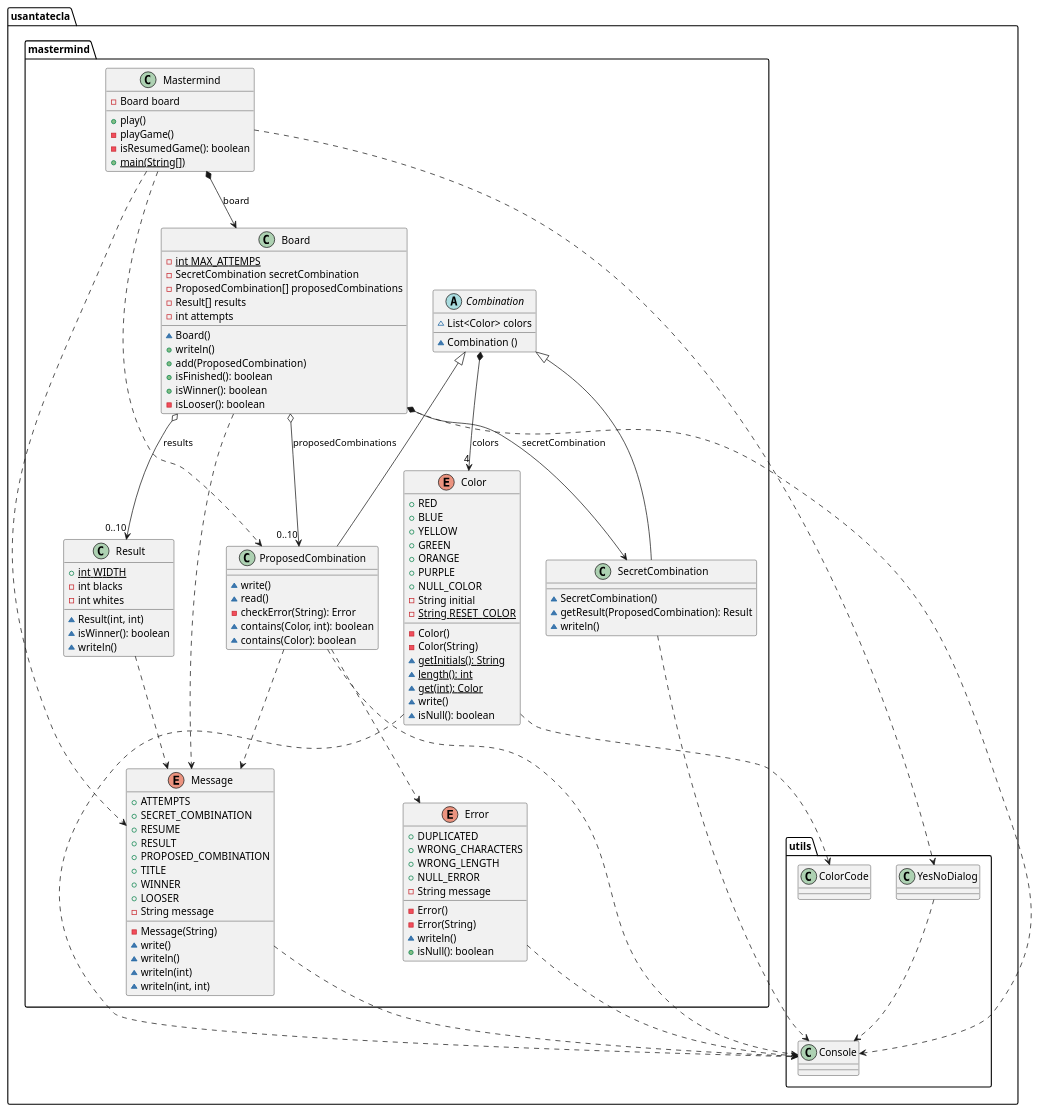
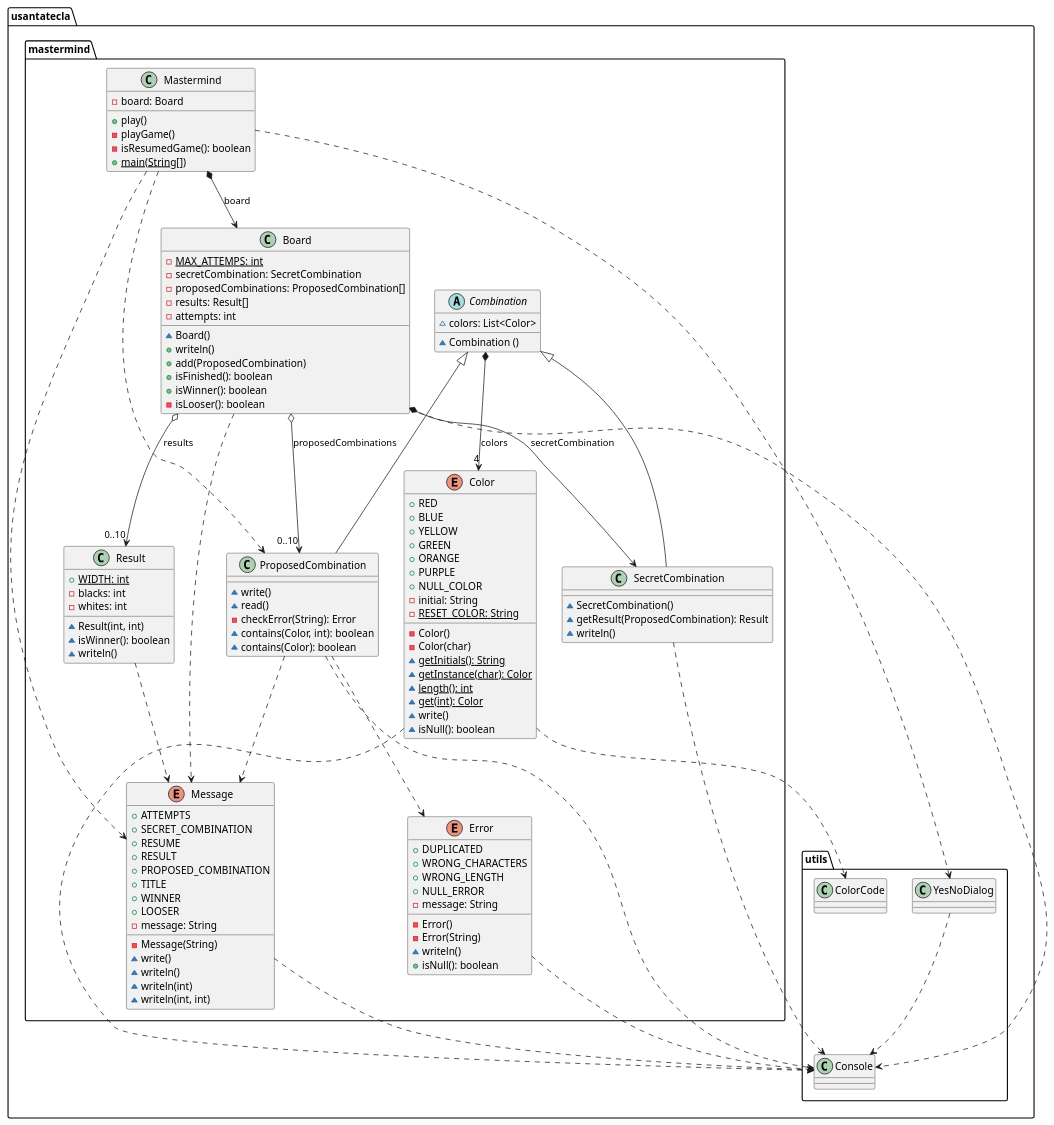
One commit to SantaTecla-mastermind/solution.java.swing.socket.sql changed the first of 2 diagrams in domainModel/docs/diagrams/src/paquetes.plantuml. Above: the diagram before and after it, drawn with PlantUML. The commit also changed other lines of this file and 2 other files, not shown here.

Commit message:
domainModel diagrams finished #2

```diff
--- a/domainModel/docs/diagrams/src/paquetes.plantuml
+++ b/domainModel/docs/diagrams/src/paquetes.plantuml
@@ -1,145 +1,146 @@
 @startuml mastermind
 package usantatecla.mastermind {
 class Mastermind {
-	- Board board
+	- board: Board 
 	+ play()
 	- playGame()
 	- isResumedGame(): boolean 
 	+ {static} main(String[])
 }
 
 
 class Board {
-  - {static} int MAX_ATTEMPS
-  - SecretCombination secretCombination
-  - ProposedCombination[] proposedCombinations
-  - Result[] results 
-  - int attempts
+  - MAX_ATTEMPS: {static} int 
+  - secretCombination: SecretCombination 
+  - proposedCombinations: ProposedCombination[] 
+  - results: Result[] 
+  - attempts: int 
   ~ Board()
   + writeln()
   + add(ProposedCombination)
   + isFinished(): boolean 
   + isWinner(): boolean 
   - isLooser(): boolean 
 }
 
 abstract class Combination {
-	~ List<Color> colors
+	~ colors: List<Color> 
 	~ Combination ()
 }
 
 class SecretCombination {
 	~ SecretCombination()
 	~ getResult(ProposedCombination): Result 
 	~ writeln()
 }
 
 class ProposedCombination {
 	~write()
 	~read()
 	- checkError(String): Error 
 	~ contains(Color, int): boolean 
 	~ contains(Color): boolean 
 }
 
 class Result{
-	+ {static} int WIDTH
-	- int blacks
-	- int whites
+	+ WIDTH: {static} int 
+	- blacks: int 
+	- whites: int 
 	~ Result(int, int)
 	~ isWinner(): boolean 
 	~ writeln()
 }
 
 enum Color {
 	+ RED
 	+ BLUE
 	+ YELLOW
 	+ GREEN
 	+ ORANGE
 	+ PURPLE
 	+ NULL_COLOR
-	- String initial
-	- {static} String RESET_COLOR
+	- initial: String 
+	- RESET_COLOR: {static} String 
 	- Color()
-	- Color(String)
+	- Color(char)
 	~ {static} getInitials(): String 
+	~ {static} getInstance(char): Color
 	~ {static} length(): int 
 	~ {static} get(int): Color 
 	~ write()
 	~ isNull(): boolean 
 }
 
 enum Error {
 	+ DUPLICATED
 	+ WRONG_CHARACTERS
 	+ WRONG_LENGTH
 	+ NULL_ERROR
-	- String message
+	- message: String
 	- Error()
 	- Error(String)
 	~ writeln()
 	+ isNull(): boolean 
 }
 
 enum Message {
 	+ ATTEMPTS
 	+ SECRET_COMBINATION
 	+ RESUME
 	+ RESULT
 	+ PROPOSED_COMBINATION
 	+ TITLE
 	+ WINNER
 	+ LOOSER
-	- String message
+	- message: String 
 	- Message(String)
 	~ write()
 	~ writeln()
 	~ writeln(int)
 	~ writeln(int, int)
 }
 
 
 
 Mastermind *-down-> Board : board
 Mastermind .down.> ProposedCombination
 Board *-down-> SecretCombination : secretCombination
 Board o-down-> "0..10" ProposedCombination : proposedCombinations
 Board o-down-> "0..10" Result : results
 
 Combination *-down-> "4" Color : colors
 Combination <|-down- SecretCombination
 Combination <|-down- ProposedCombination
 ProposedCombination .down.> Error
 
 
 Mastermind .down.> Message
 Board .down.> Message
 ProposedCombination .down.> Message
 Result .down.> Message
 
 }
 
 package usantatecla.utils {
 
 class Console {
 
 
 }
 
 class YesNoDialog {
 
 }
 
 }
 
 YesNoDialog .down.> Console
 Board .down.> Console
 Color .down.> Console
 Color .down.> usantatecla.utils.ColorCode
 Error .down.> Console
 Message .down.> Console
 ProposedCombination .down.> Console
 SecretCombination .down.> Console
 Mastermind .down.> YesNoDialog
 @enduml
```
